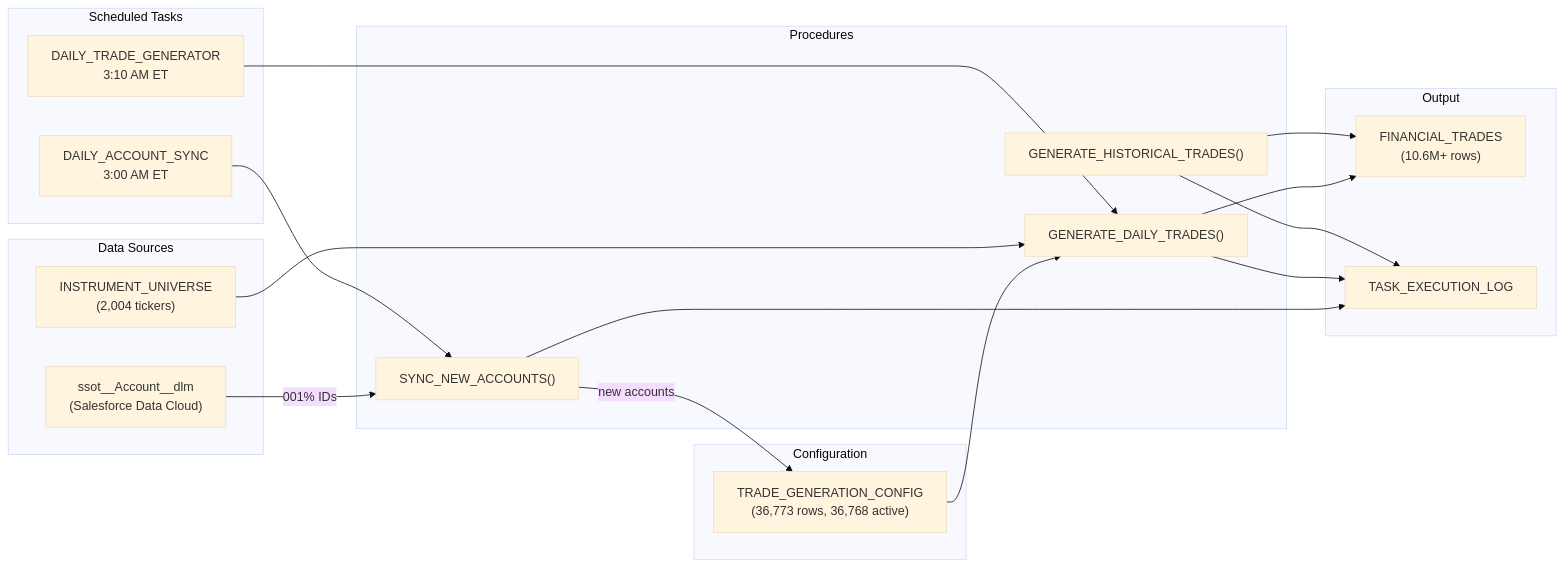
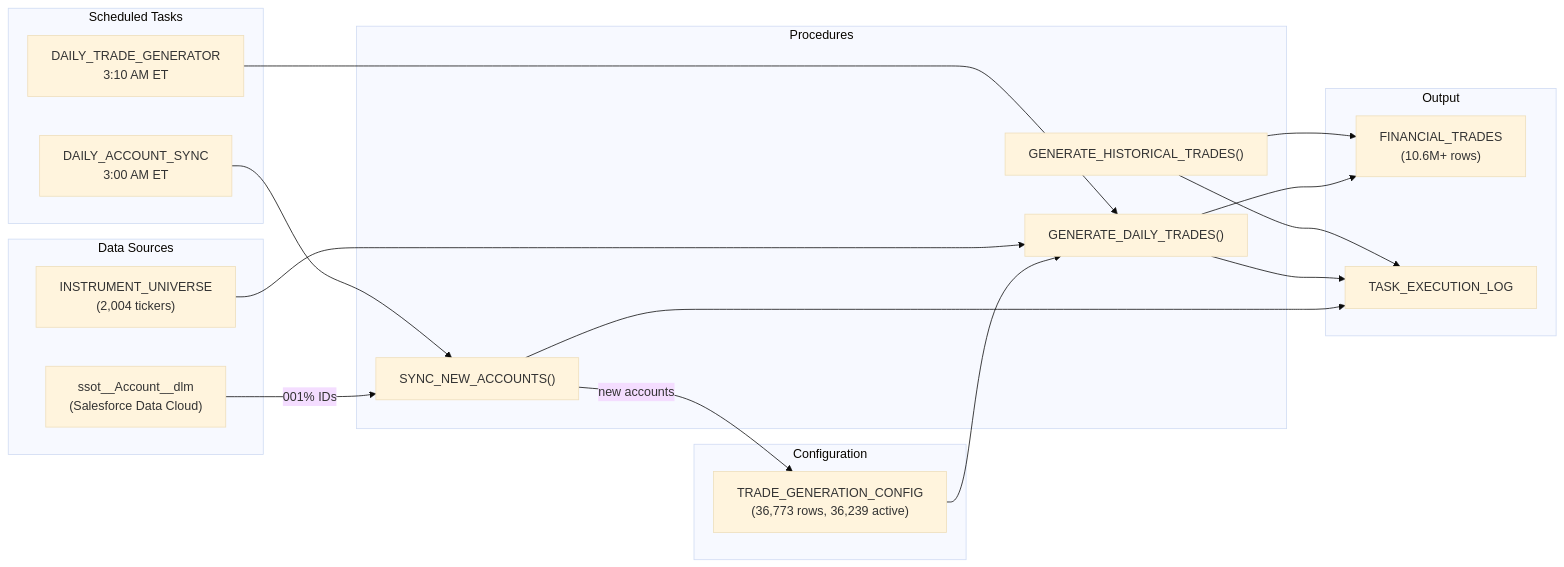
Before and after one commit to josers18/JDO: the diagram in Financial_Trades_Generation/README.md, drawn with Mermaid (base theme). The commit also changed other lines of this file and 3 other files, not shown here.

````diff
--- a/Financial_Trades_Generation/README.md
+++ b/Financial_Trades_Generation/README.md
@@ -35,39 +35,39 @@
 ```mermaid
 graph LR
     subgraph "Data Sources"
         A["ssot__Account__dlm<br/>(Salesforce Data Cloud)"]
         B["INSTRUMENT_UNIVERSE<br/>(2,004 tickers)"]
     end
 
     subgraph "Configuration"
-        C["TRADE_GENERATION_CONFIG<br/>(36,773 rows, 36,768 active)"]
+        C["TRADE_GENERATION_CONFIG<br/>(36,773 rows, 36,239 active)"]
     end
 
     subgraph "Scheduled Tasks"
         T1["DAILY_ACCOUNT_SYNC<br/>3:00 AM ET"]
         T2["DAILY_TRADE_GENERATOR<br/>3:10 AM ET"]
     end
 
     subgraph "Procedures"
         P1["SYNC_NEW_ACCOUNTS()"]
         P2["GENERATE_DAILY_TRADES()"]
         P3["GENERATE_HISTORICAL_TRADES()"]
     end
 
     subgraph "Output"
         D["FINANCIAL_TRADES<br/>(10.6M+ rows)"]
         E["TASK_EXECUTION_LOG"]
     end
 
     A -->|"001% IDs"| P1
     T1 --> P1
     P1 -->|"new accounts"| C
     C --> P2
     B --> P2
     T2 --> P2
     P2 --> D
     P3 --> D
     P1 --> E
     P2 --> E
     P3 --> E
 ```
````
